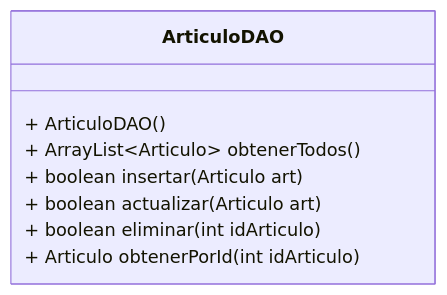
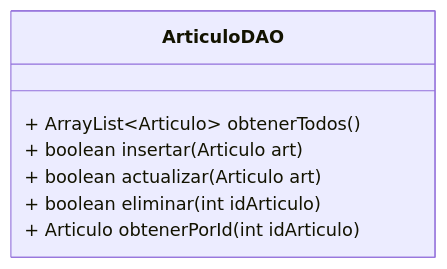
One commit to JMAbadLopez/programacion changed the fourth of 4 diagrams in docs/unidades/ud08.md. Above: the diagram before and after it, drawn with Mermaid. The commit also changed other lines of this file and 4 other files, not shown here.

````diff
--- a/docs/unidades/ud08.md
+++ b/docs/unidades/ud08.md
@@ -510,11 +510,10 @@
 ```mermaid
 classDiagram
     class ArticuloDAO {
-        + ArticuloDAO()
         + ArrayList~Articulo~ obtenerTodos()
         + boolean insertar(Articulo art)
         + boolean actualizar(Articulo art)
         + boolean eliminar(int idArticulo)
         + Articulo obtenerPorId(int idArticulo)
     }
 ```
````
